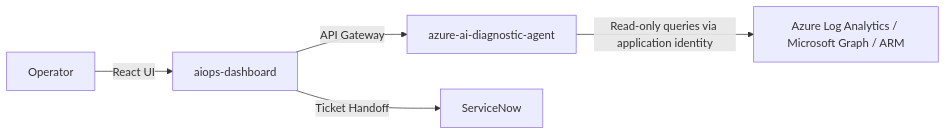
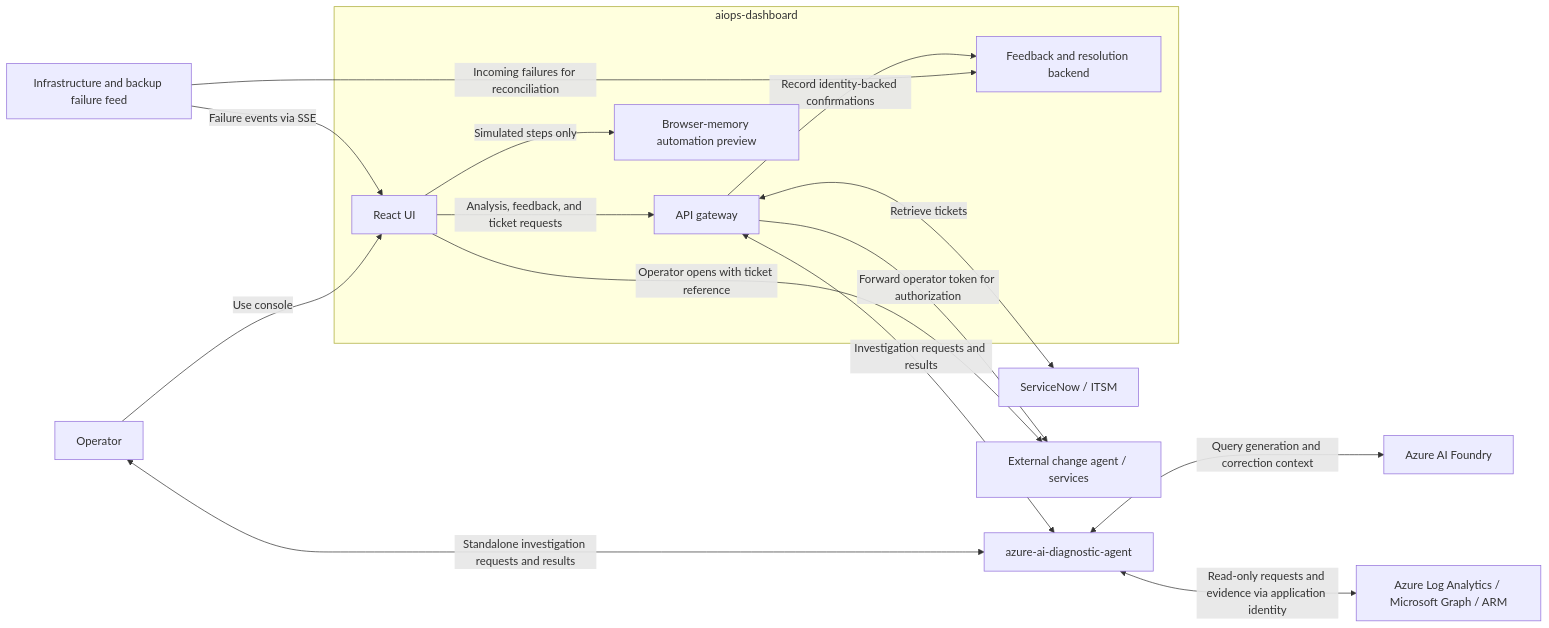
Before and after one commit to vijayet1/aiops: the first of 4 diagrams in README.md, drawn with Mermaid. The commit also changed other lines of this file, not shown here.

Commit message:
docs: align architecture diagrams with workflow descriptions

````diff
--- a/README.md
+++ b/README.md
@@ -21,7 +23,30 @@
 ```mermaid
-graph LR
-    Operator -->|React UI| Dashboard[aiops-dashboard]
-    Dashboard -->|API Gateway| Agent[azure-ai-diagnostic-agent]
-    Dashboard -->|Ticket Handoff| ITSM[ServiceNow]
-    Agent -->|Read-only queries via application identity| Azure[Azure Log Analytics / Microsoft Graph / ARM]
+flowchart LR
+    Operator[Operator]
+    Events[Infrastructure and backup failure feed]
+    subgraph Dashboard[aiops-dashboard]
+        UI[React UI]
+        Gateway[API gateway]
+        Feedback[Feedback and resolution backend]
+        Preview[Browser-memory automation preview]
+    end
+    Agent[azure-ai-diagnostic-agent]
+    ITSM[ServiceNow / ITSM]
+    Change[External change agent / services]
+    Foundry[Azure AI Foundry]
+    Azure[Azure Log Analytics / Microsoft Graph / ARM]
+
+    Operator -->|Use console| UI
+    Events -->|Failure events via SSE| UI
+    Events -->|Incoming failures for reconciliation| Feedback
+    UI -->|Analysis, feedback, and ticket requests| Gateway
+    Gateway -->|Record identity-backed confirmations| Feedback
+    Gateway <-->|Investigation requests and results| Agent
+    Gateway <-->|Retrieve tickets| ITSM
+    UI -->|Operator opens with ticket reference| Change
+    Gateway -->|Forward operator token for authorization| Change
+    UI -->|Simulated steps only| Preview
+    Operator <-->|Standalone investigation requests and results| Agent
+    Agent <-->|Query generation and correction context| Foundry
+    Agent <-->|Read-only requests and evidence via application identity| Azure
 ```
````
